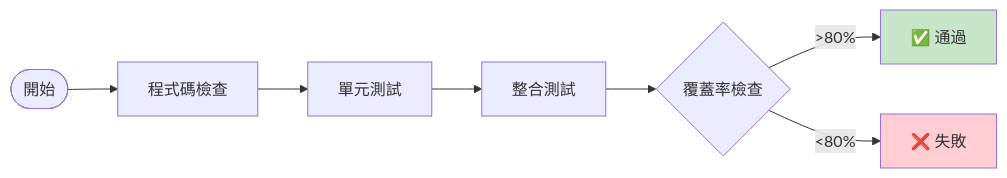
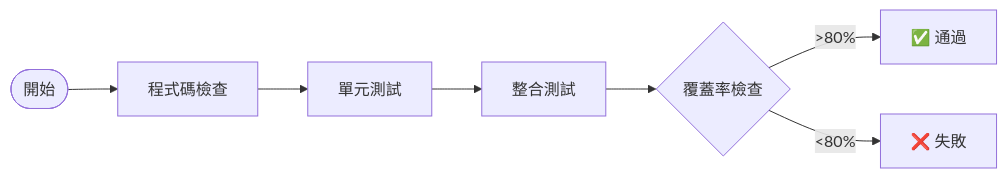
Before and after one commit to tboydar/service-booking-api: diagram 13 of 23 in README.md, drawn with Mermaid. The commit also changed other lines of this file and 2 other files, not shown here.

````diff
--- a/README.md
+++ b/README.md
@@ -894,12 +866,10 @@
 ```mermaid
 flowchart LR
     Start([開始]) --> Lint[程式碼檢查]
     Lint --> Unit[單元測試]
     Unit --> Integration[整合測試]
     Integration --> Coverage{覆蓋率檢查}
     Coverage -->|>80%| Pass[✅ 通過]
     Coverage -->|<80%| Fail[❌ 失敗]
 
-    style Pass fill:#c8e6c9
-    style Fail fill:#ffcdd2
 ```
````
